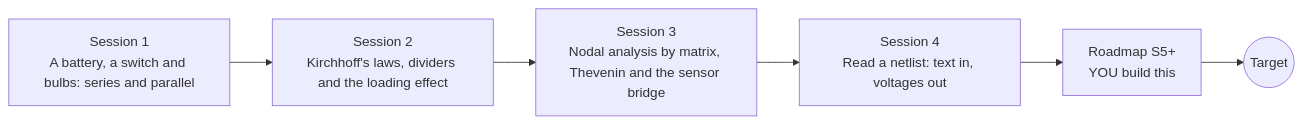
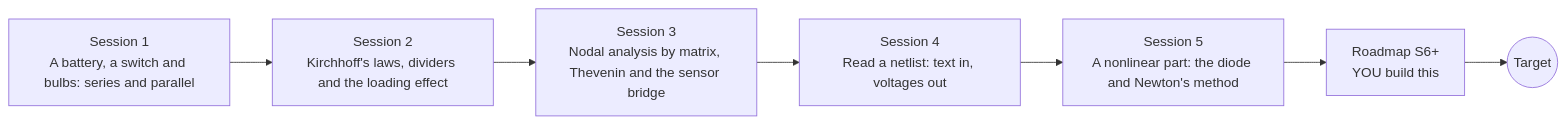
The diagram in README.md (KrunalPanchal1995/opencircuitlab), drawn with Mermaid before and after one commit. The commit also changed other lines of this file and 20 other files, not shown here.

First line of the commit message:
Add Session 5: a nonlinear part, the diode and Newton's method

````diff
--- a/README.md
+++ b/README.md
@@ -91,10 +92,11 @@
 ```mermaid
 flowchart LR
   S1[Session 1<br/>A battery, a switch and bulbs: series and parallel]
   S2[Session 2<br/>Kirchhoff's laws, dividers and the loading effect]
   S3[Session 3<br/>Nodal analysis by matrix, Thevenin and the sensor bridge]
   S4[Session 4<br/>Read a netlist: text in, voltages out]
-  R[Roadmap S5+<br/>YOU build this]
+  S5[Session 5<br/>A nonlinear part: the diode and Newton's method]
+  R[Roadmap S6+<br/>YOU build this]
   T((Target))
-  S1 --> S2 --> S3 --> S4 --> R --> T
+  S1 --> S2 --> S3 --> S4 --> S5 --> R --> T
 ```
````
